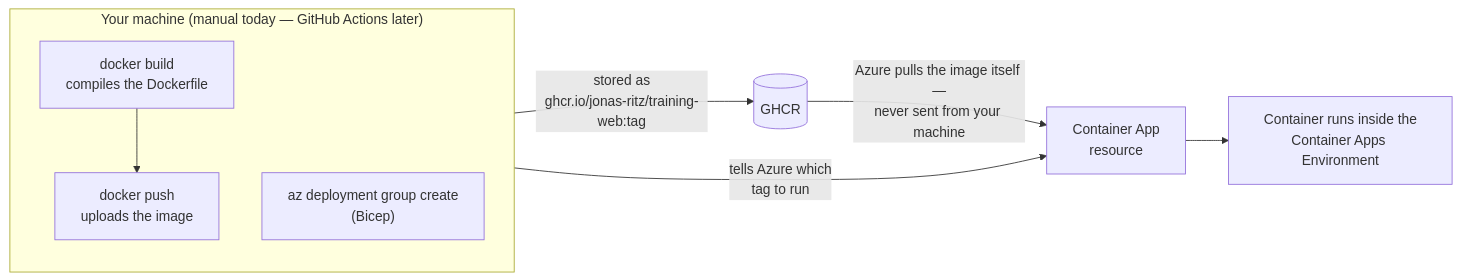
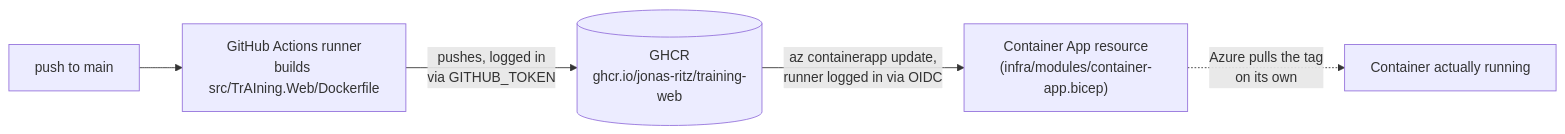
One commit to jonas-ritz/trAIning changed the diagram in docs/setup/deploy.md. Above: the diagram before and after it, drawn with Mermaid. The commit also changed other lines of this file, not shown here.

First line of the commit message:
docs: rewrite deploy.md — lead with the current automated pipeline

````diff
--- a/docs/setup/deploy.md
+++ b/docs/setup/deploy.md
@@ -36,13 +6,7 @@
 ```mermaid
 flowchart LR
-    subgraph local["Your machine (manual today — GitHub Actions later)"]
-        direction TB
-        build["docker build<br/>compiles the Dockerfile"] --> push["docker push<br/>uploads the image"]
-        deploy["az deployment group create<br/>(Bicep)"]
-    end
-
-    push -->|"stored as<br/>ghcr.io/jonas-ritz/training-web:tag"| ghcr[("GHCR")]
-    deploy -->|"tells Azure which<br/>tag to run"| ca["Container App<br/>resource"]
-    ghcr -->|"Azure pulls the image itself —<br/>never sent from your machine"| ca
-    ca --> run["Container runs inside the<br/>Container Apps Environment"]
+    push["push to main"] --> build["GitHub Actions runner<br/>builds src/TrAIning.Web/Dockerfile"]
+    build -->|"pushes, logged in<br/>via GITHUB_TOKEN"| ghcr[("GHCR<br/>ghcr.io/jonas-ritz/training-web")]
+    ghcr -->|"az containerapp update,<br/>runner logged in via OIDC"| ca["Container App resource<br/>(infra/modules/container-app.bicep)"]
+    ca -.->|"Azure pulls the tag<br/>on its own"| run["Container actually running"]
 ```
````
